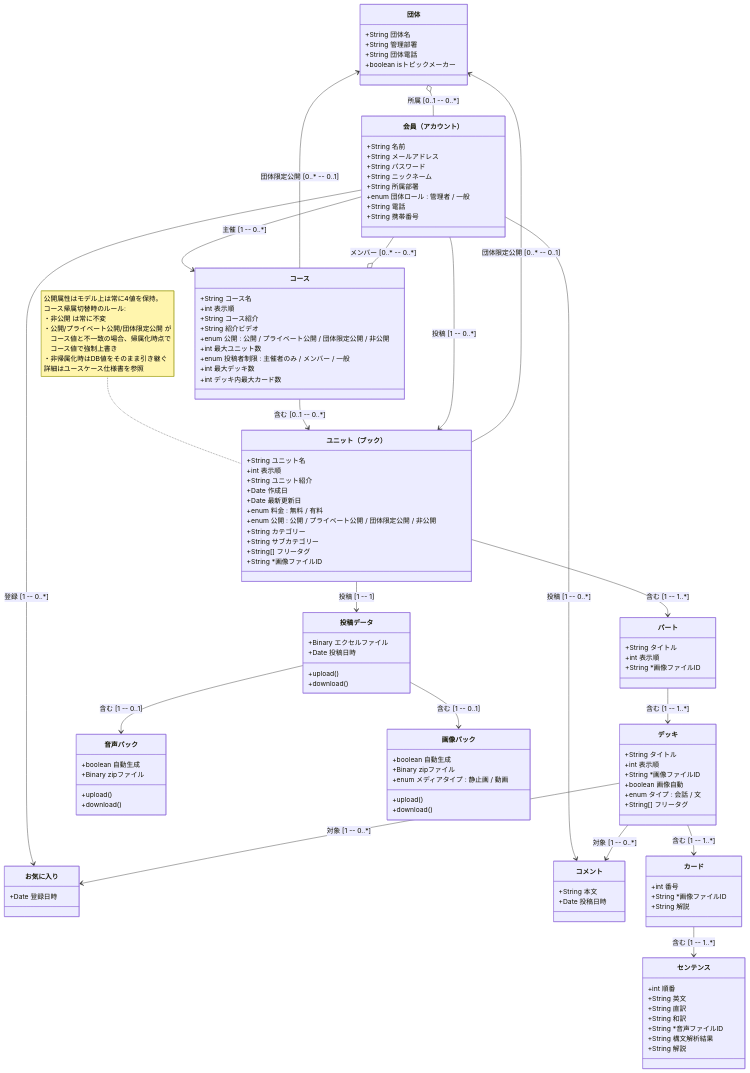
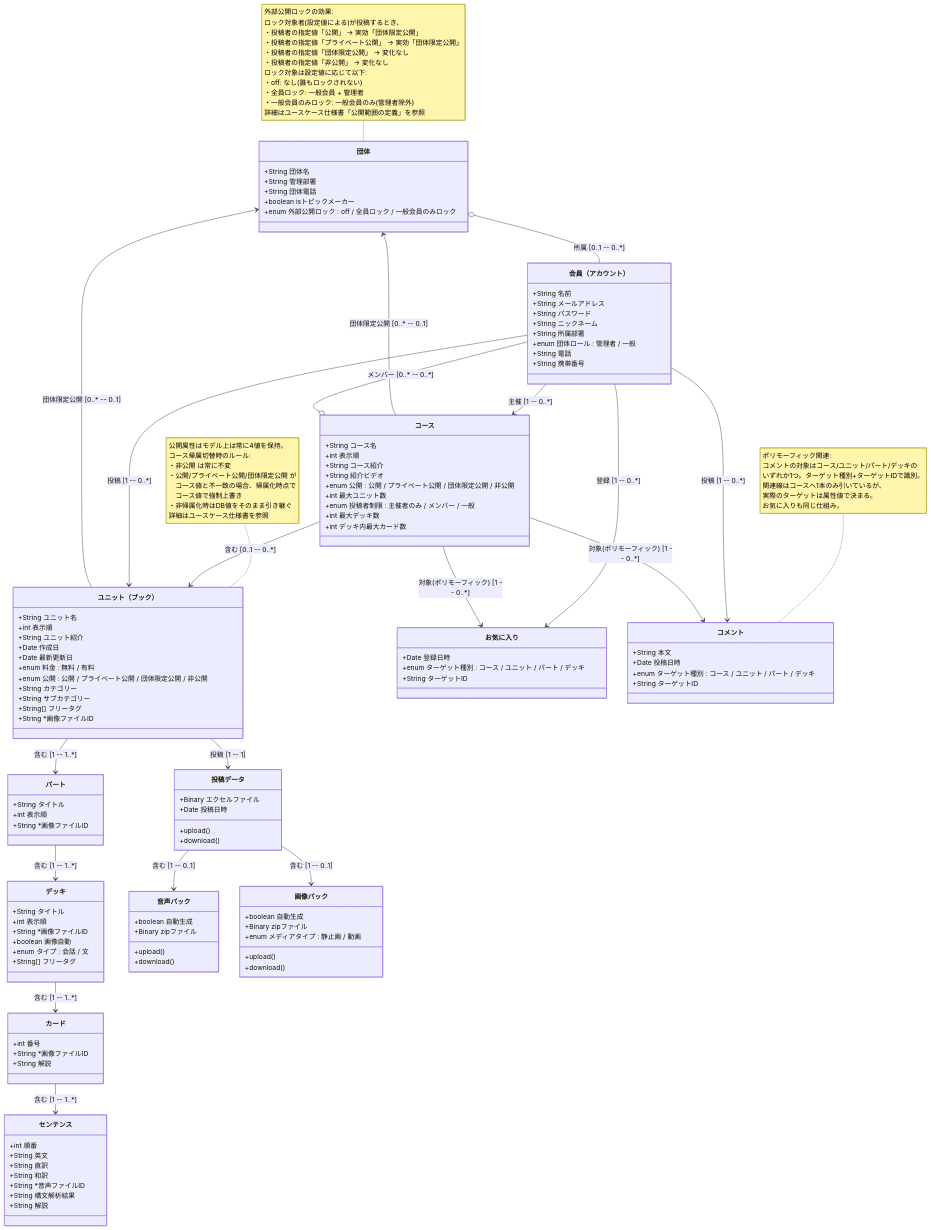
Before and after one commit to topicmaker-git/Pages: the diagram in choi/ちょい英語ミニブック投稿システム_概念モデル図.mermaid, drawn with Mermaid. The commit also changed 2 other files, not shown here.

```diff
--- a/choi/ちょい英語ミニブック投稿システム_概念モデル図.mermaid
+++ b/choi/ちょい英語ミニブック投稿システム_概念モデル図.mermaid
@@ -8,12 +8,37 @@
     %% 学習者向けの既存B画面(B-01ホーム等のコース一覧)に
     %% 掲載される。各団体のローカルコース一覧(学習者向け)画面は
     %% 本設計スコープ外。
+    %%
+    %% 外部公開ロック: 団体管理者が設定する団体ポリシー。
+    %% 当該団体所属メンバーが投稿するコンテンツの実効的な公開状態を
+    %% 制限する一方向の保護機能(動機: 秘密保持)。3値 enum:
+    %%   ・off: ロックなし(全員自由)
+    %%   ・全員ロック: 全メンバーの投稿で「公開」「プライベート公開」
+    %%      設定が「団体限定公開」相当に格下げされる
+    %%   ・一般会員のみロック: 団体管理者の投稿はロック対象外、
+    %%      一般会員の投稿のみ格下げされる(動機: 広報的な教材は
+    %%      管理者が直接作成して外部公開する運用に対応)
+    %% 一方向ロック: 当該団体メンバーが他団体・無所属会員の投稿を
+    %% 閲覧することは制限しない。
     class 団体 {
         +String 団体名
         +String 管理部署
         +String 団体電話
         +boolean isトピックメーカー
+        +enum 外部公開ロック : off / 全員ロック / 一般会員のみロック
     }
+
+    note for 団体 "外部公開ロックの効果:
+ロック対象者(設定値による)が投稿するとき、
+・投稿者の指定値「公開」 → 実効「団体限定公開」
+・投稿者の指定値「プライベート公開」 → 実効「団体限定公開」
+・投稿者の指定値「団体限定公開」 → 変化なし
+・投稿者の指定値「非公開」 → 変化なし
+ロック対象は設定値に応じて以下:
+・off: なし(誰もロックされない)
+・全員ロック: 一般会員 + 管理者
+・一般会員のみロック: 一般会員のみ(管理者除外)
+詳細はユースケース仕様書「公開範囲の定義」を参照"
 
     class Account["会員（アカウント）"] {
         +String 名前
@@ -91,14 +116,30 @@
         +String[] フリータグ
     }
 
+    %% === お気に入り・コメント（ポリモーフィック関連） ===
+    %% お気に入り/コメントの対象はコース/ユニット/パート/デッキの
+    %% いずれか1つ。ターゲット種別 enum とターゲットID 属性により
+    %% 識別する。概念モデル上は「コース」への関連線1本で代表させ、
+    %% 実際のターゲットはターゲット種別属性で解釈する。
     class お気に入り {
         +Date 登録日時
+        +enum ターゲット種別 : コース / ユニット / パート / デッキ
+        +String ターゲットID
     }
 
     class コメント {
         +String 本文
         +Date 投稿日時
+        +enum ターゲット種別 : コース / ユニット / パート / デッキ
+        +String ターゲットID
     }
+
+    note for コメント "ポリモーフィック関連:
+コメントの対象はコース/ユニット/パート/デッキの
+いずれか1つ。ターゲット種別+ターゲットIDで識別。
+関連線はコースへ1本のみ引いているが、
+実際のターゲットは属性値で決まる。
+お気に入りも同じ仕組み。"
 
     class カード {
         +int 番号
@@ -166,11 +207,13 @@
     デッキ --> カード : 含む [1 -- 1..*]
     カード --> センテンス : 含む [1 -- 1..*]
 
-    %% お気に入り・コメント（対象はデッキのみ）
+    %% お気に入り・コメント（ポリモーフィック関連）
+    %% 関連線はコースに対して1本ずつ引くが、実際のターゲットは
+    %% ターゲット種別属性で識別される(コース/ユニット/パート/デッキ)
     Account --> お気に入り : 登録 [1 -- 0..*]
-    デッキ --> お気に入り : 対象 [1 -- 0..*]
+    コース --> お気に入り : 対象(ポリモーフィック) [1 -- 0..*]
     Account --> コメント : 投稿 [1 -- 0..*]
-    デッキ --> コメント : 対象 [1 -- 0..*]
+    コース --> コメント : 対象(ポリモーフィック) [1 -- 0..*]
 
     %% 投稿データ・メディア
     Unit --> 投稿データ : 投稿 [1 -- 1]
```
